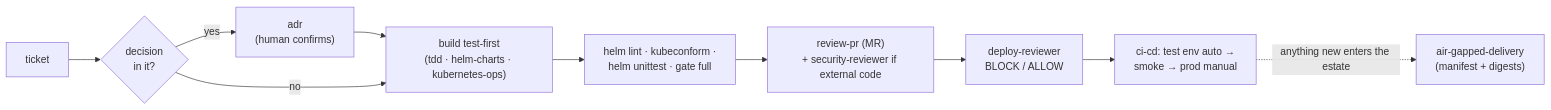
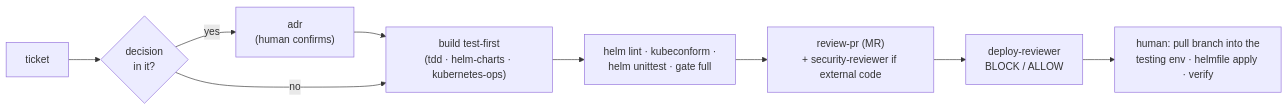
The first of 5 diagrams in docs/workflows.md (KSriki/agent-harness-template), drawn with Mermaid before and after one commit. The commit also changed other lines of this file and 41 other files, not shown here.

````diff
--- a/docs/workflows.md
+++ b/docs/workflows.md
@@ -22,8 +22,7 @@
 ```mermaid
 flowchart LR
     T["ticket"] --> D{"decision<br/>in it?"}
     D -- yes --> ADR["adr<br/>(human confirms)"] --> B
     D -- no --> B["build test-first<br/>(tdd · helm-charts · kubernetes-ops)"]
-    B --> V["helm lint · kubeconform ·<br/>helm unittest · gate full"] --> MR["review-pr (MR)<br/>+ security-reviewer if external code"] --> DR["deploy-reviewer<br/>BLOCK / ALLOW"] --> CI["ci-cd: test env auto →<br/>smoke → prod manual"]
-    CI -. anything new enters the estate .-> AG["air-gapped-delivery<br/>(manifest + digests)"]
+    B --> V["helm lint · kubeconform ·<br/>helm unittest · gate full"] --> MR["review-pr (MR)<br/>+ security-reviewer if external code"] --> DR["deploy-reviewer<br/>BLOCK / ALLOW"] --> H["human: pull branch into the<br/>testing env · helmfile apply · verify"]
 ```
````
